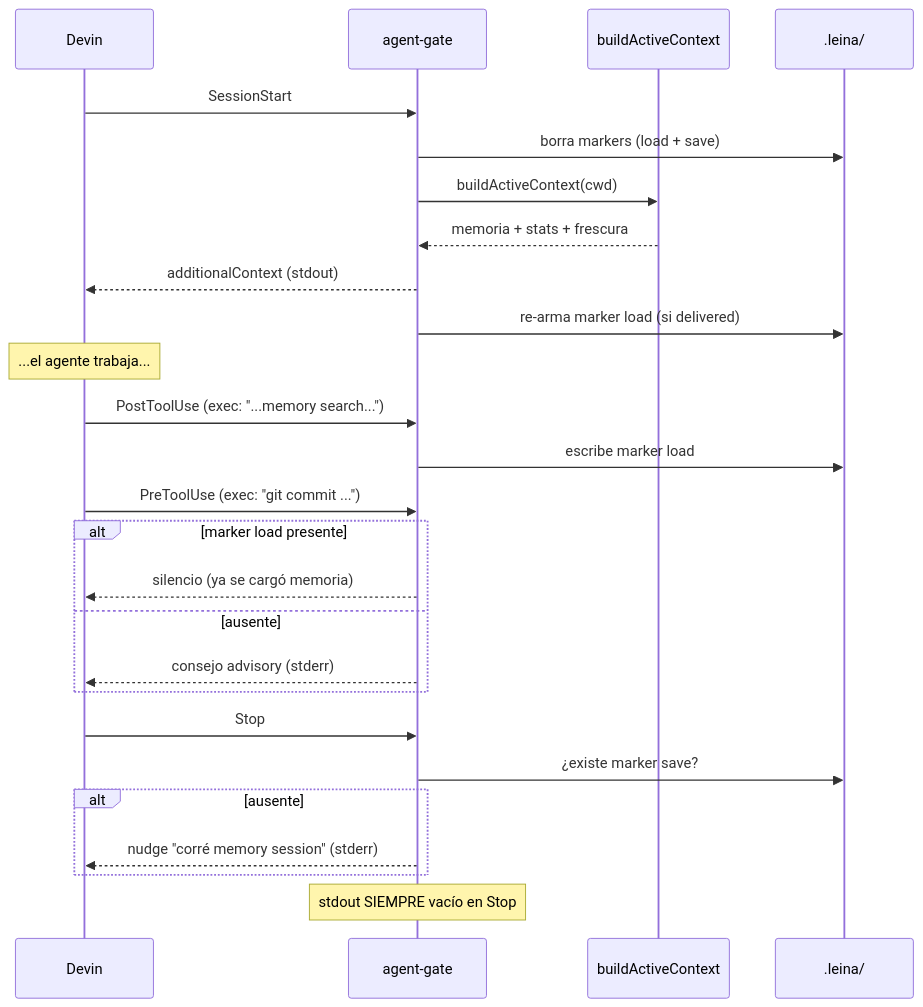
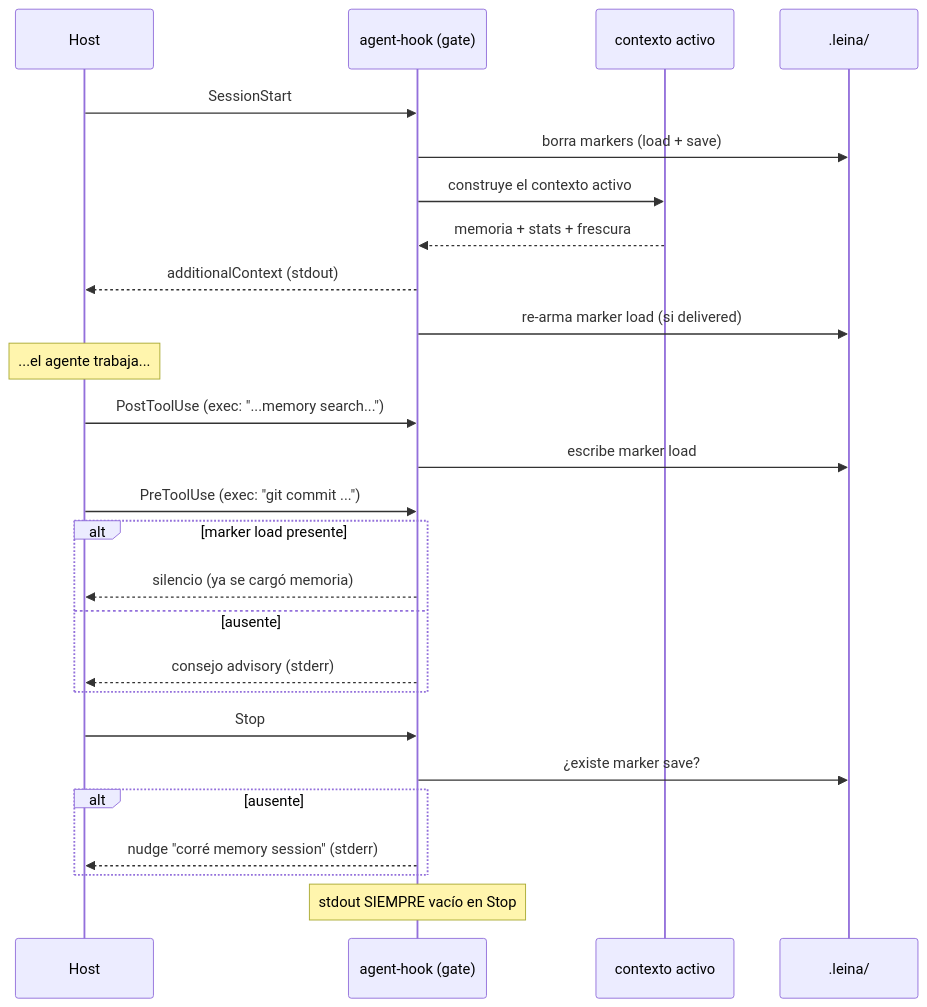
The third of 3 diagrams in docs/concepts/06-hooks-e-inyeccion.md (Kolimar/leina), drawn with Mermaid before and after one commit. The commit also changed other lines of this file and 22 other files, not shown here.

````diff
--- a/docs/concepts/06-hooks-e-inyeccion.md
+++ b/docs/concepts/06-hooks-e-inyeccion.md
@@ -113,32 +109,32 @@
 ```mermaid
 sequenceDiagram
-    participant D as Devin
-    participant G as agent-gate
-    participant C as buildActiveContext
+    participant D as Host
+    participant G as agent-hook (gate)
+    participant C as contexto activo
     participant Disk as .leina/
 
     D->>G: SessionStart
     G->>Disk: borra markers (load + save)
-    G->>C: buildActiveContext(cwd)
+    G->>C: construye el contexto activo
     C-->>G: memoria + stats + frescura
     G-->>D: additionalContext (stdout)
     G->>Disk: re-arma marker load (si delivered)
 
     Note over D: ...el agente trabaja...
     D->>G: PostToolUse (exec: "...memory search...")
     G->>Disk: escribe marker load
 
     D->>G: PreToolUse (exec: "git commit ...")
     alt marker load presente
         G-->>D: silencio (ya se cargó memoria)
     else ausente
         G-->>D: consejo advisory (stderr)
     end
 
     D->>G: Stop
     G->>Disk: ¿existe marker save?
     alt ausente
         G-->>D: nudge "corré memory session" (stderr)
     end
     Note over G: stdout SIEMPRE vacío en Stop
 ```
````
